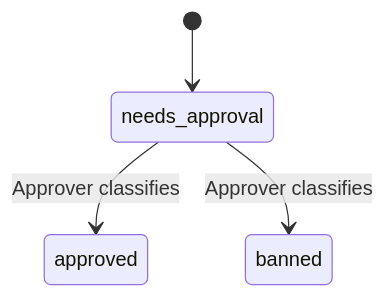
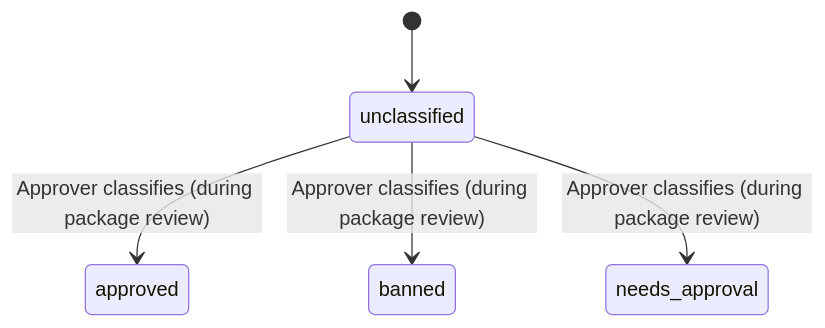
One commit to theboyknowsclass/Airlock changed the fifth of 5 diagrams in docs/spec.md. Above: the diagram before and after it, drawn with Mermaid. The commit also changed other lines of this file, not shown here.

First line of the commit message:
Split license needs_approval into unclassified vs. deliberate policy state

````diff
--- a/docs/spec.md
+++ b/docs/spec.md
@@ -257,6 +276,7 @@
 ```mermaid
 stateDiagram-v2
-    [*] --> needs_approval
-    needs_approval --> approved: Approver classifies
-    needs_approval --> banned: Approver classifies
+    [*] --> unclassified
+    unclassified --> approved: Approver classifies (during package review)
+    unclassified --> banned: Approver classifies (during package review)
+    unclassified --> needs_approval: Approver classifies (during package review)
 ```
````
